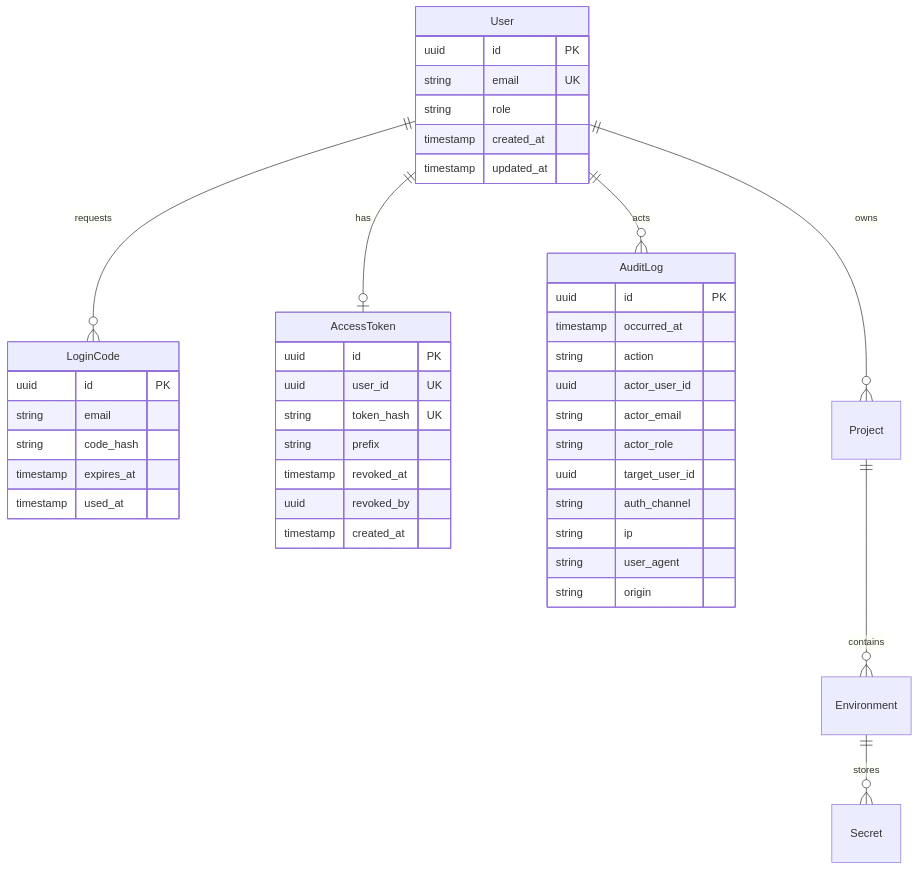
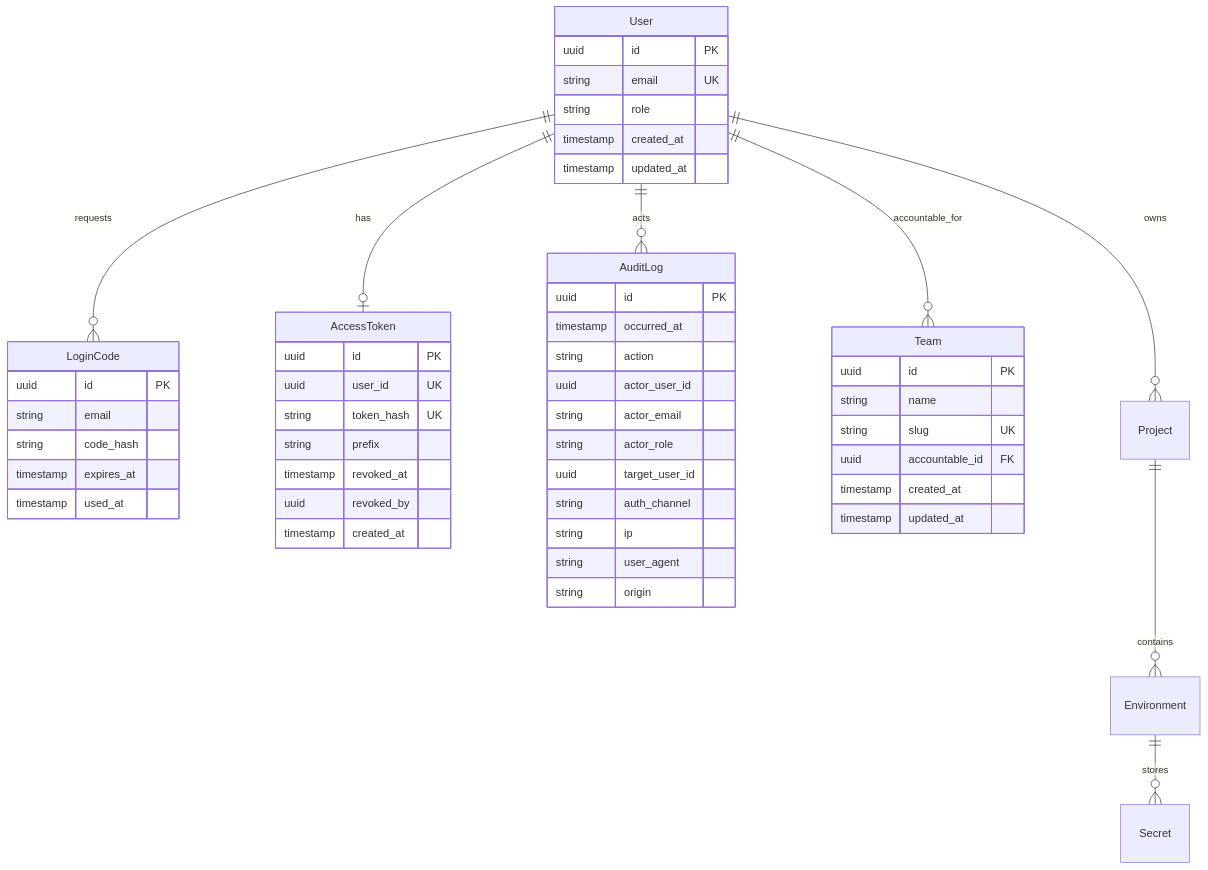
One commit to vmarinho22/envm-vault changed the second of 2 diagrams in docs/architecture.md. Above: the diagram before and after it, drawn with Mermaid. The commit also changed other lines of this file and 44 other files, not shown here.

Commit message:
feat: introduce team management features, including CRUD operations, slug generation, and internationalization support for team-related actions

````diff
--- a/docs/architecture.md
+++ b/docs/architecture.md
@@ -110,49 +119,59 @@
 ```mermaid
 erDiagram
   User ||--o{ LoginCode : requests
   User ||--o| AccessToken : has
   User ||--o{ AuditLog : acts
+  User ||--o{ Team : accountable_for
   User ||--o{ Project : owns
   Project ||--o{ Environment : contains
   Environment ||--o{ Secret : stores
 
   User {
     uuid id PK
     string email UK
     string role
+    timestamp created_at
+    timestamp updated_at
+  }
+
+  Team {
+    uuid id PK
+    string name
+    string slug UK
+    uuid accountable_id FK
     timestamp created_at
     timestamp updated_at
   }
 
   LoginCode {
     uuid id PK
     string email
     string code_hash
     timestamp expires_at
     timestamp used_at
   }
 
   AccessToken {
     uuid id PK
     uuid user_id UK
     string token_hash UK
     string prefix
     timestamp revoked_at
     uuid revoked_by
     timestamp created_at
   }
 
   AuditLog {
     uuid id PK
     timestamp occurred_at
     string action
     uuid actor_user_id
     string actor_email
     string actor_role
     uuid target_user_id
     string auth_channel
     string ip
     string user_agent
     string origin
   }
 ```
````
